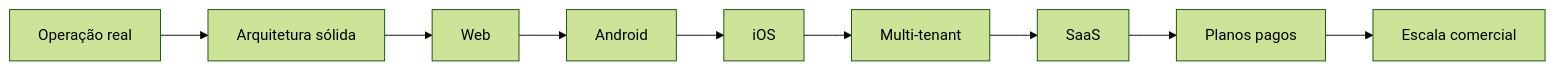
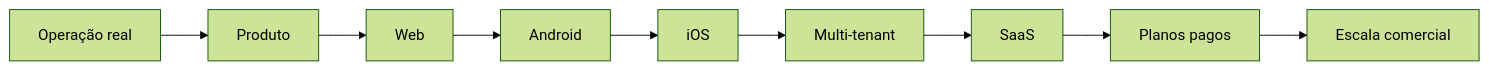
The second of 2 diagrams in README.md (Inosuke-Company/Inosuke-Company), drawn with Mermaid (forest theme) before and after one commit. The commit also changed other lines of this file, not shown here.

````diff
--- a/README.md
+++ b/README.md
@@ -195,11 +247,11 @@
 ```mermaid
 flowchart LR
-    A[Operação real] --> B[Arquitetura sólida]
+    A[Operação real] --> B[Produto]
     B --> C[Web]
     C --> D[Android]
     D --> E[iOS]
     E --> F[Multi-tenant]
     F --> G[SaaS]
     G --> H[Planos pagos]
     H --> I[Escala comercial]
 ```
````
